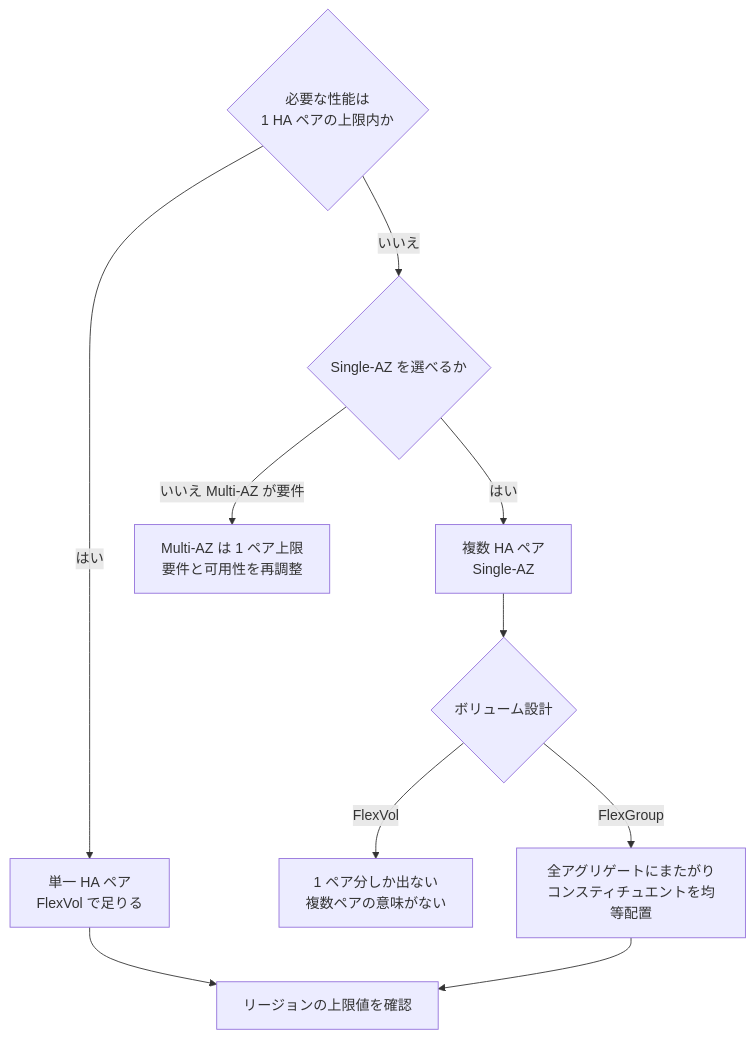
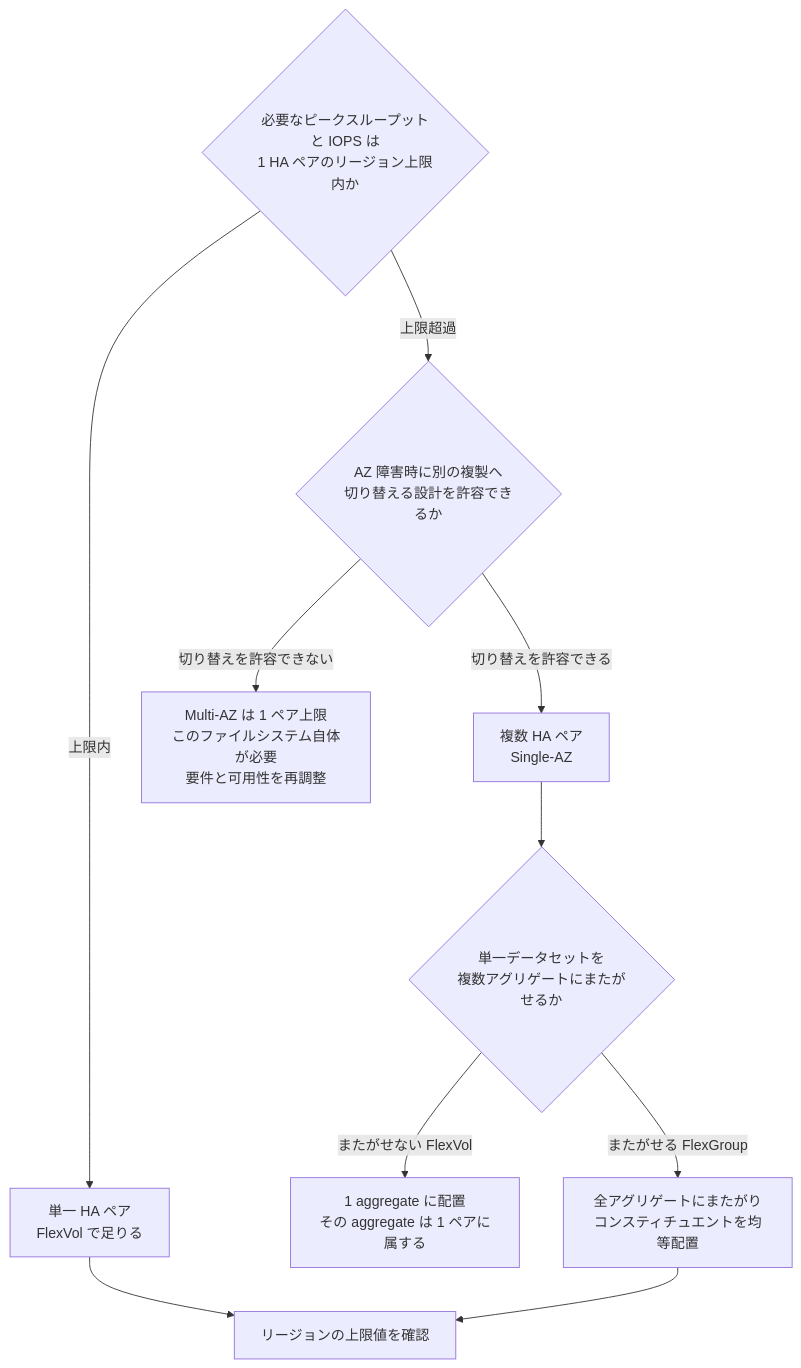
The diagram in docs/ja/domains/performance/notes/where-throughput-is-determined-and-shared.md (Yoshiki0705/FSx-for-ONTAP-Adoption-Playbook), drawn with Mermaid before and after one commit. The commit also changed other lines of this file and 257 other files, not shown here.

````diff
--- a/docs/ja/domains/performance/notes/where-throughput-is-determined-and-shared.md
+++ b/docs/ja/domains/performance/notes/where-throughput-is-determined-and-shared.md
@@ -144,15 +162,15 @@
 ```mermaid
 graph TD
-    Q{必要な性能は<br/>1 HA ペアの上限内か} -->|はい| ONE[単一 HA ペア<br/>FlexVol で足りる]
-    Q -->|いいえ| MULTI{Single-AZ を選べるか}
+    Q{必要なピークスループットと IOPS は<br/>1 HA ペアのリージョン上限内か} -->|上限内| ONE[単一 HA ペア<br/>FlexVol で足りる]
+    Q -->|上限超過| MULTI{AZ 障害時に別の複製へ<br/>切り替える設計を許容できるか}
 
-    MULTI -->|はい| MP[複数 HA ペア<br/>Single-AZ]
-    MULTI -->|いいえ Multi-AZ が要件| CAP[Multi-AZ は 1 ペア上限<br/>要件と可用性を再調整]
+    MULTI -->|切り替えを許容できる| MP[複数 HA ペア<br/>Single-AZ]
+    MULTI -->|切り替えを許容できない| CAP[Multi-AZ は 1 ペア上限<br/>このファイルシステム自体が必要<br/>要件と可用性を再調整]
 
-    MP --> VOL{ボリューム設計}
-    VOL -->|FlexVol| WARN[1 ペア分しか出ない<br/>複数ペアの意味がない]
-    VOL -->|FlexGroup| BAL[全アグリゲートにまたがり<br/>コンスティチュエントを均等配置]
+    MP --> VOL{単一データセットを<br/>複数アグリゲートにまたがせるか}
+    VOL -->|またがせない FlexVol| WARN[1 aggregate に配置<br/>その aggregate は 1 ペアに属する]
+    VOL -->|またがせる FlexGroup| BAL[全アグリゲートにまたがり<br/>コンスティチュエントを均等配置]
 
     ONE --> REG[リージョンの上限値を確認]
     BAL --> REG
 ```
````
